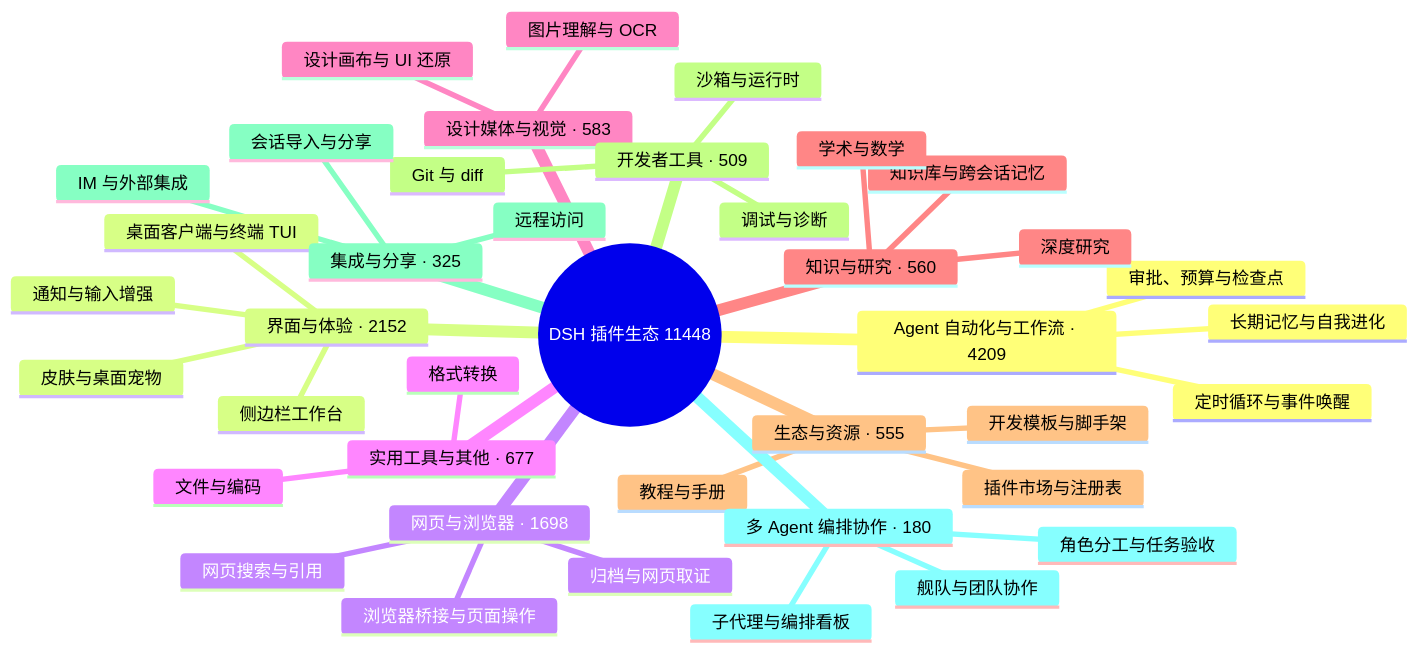
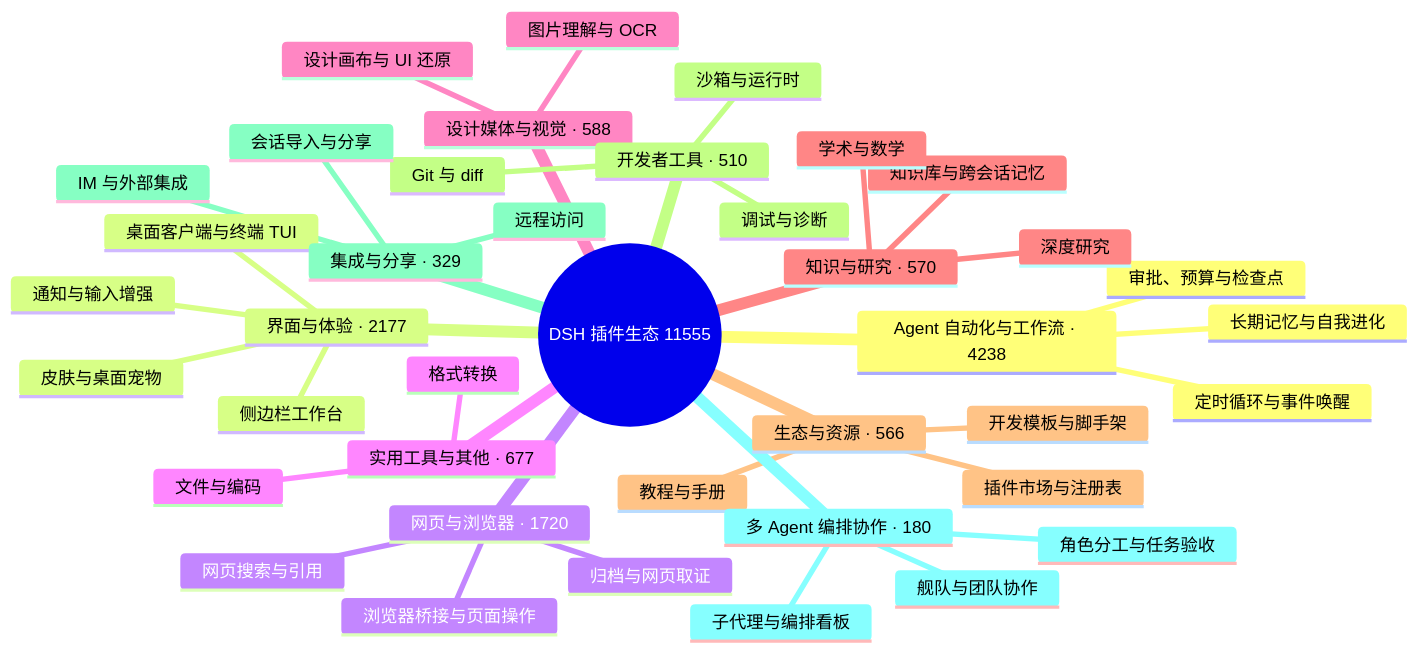
The diagram in public/readmes/bruc3van-awesome-dsh-plugin.md (the-beating-light-of-the-nail/dsh-meme-hub-site), drawn with Mermaid before and after one commit. The commit also changed other lines of this file and 252 other files, not shown here.

````diff
--- a/public/readmes/bruc3van-awesome-dsh-plugin.md
+++ b/public/readmes/bruc3van-awesome-dsh-plugin.md
@@ -33,43 +33,43 @@
 ```mermaid
 mindmap
-  root((DSH 插件生态 11448))
-    Agent 自动化与工作流 · 4209
+  root((DSH 插件生态 11555))
+    Agent 自动化与工作流 · 4238
       定时循环与事件唤醒
       长期记忆与自我进化
       审批、预算与检查点
-    界面与体验 · 2152
+    界面与体验 · 2177
       桌面客户端与终端 TUI
       侧边栏工作台
       皮肤与桌面宠物
       通知与输入增强
-    网页与浏览器 · 1698
+    网页与浏览器 · 1720
       浏览器桥接与页面操作
       网页搜索与引用
       归档与网页取证
     实用工具与其他 · 677
       文件与编码
       格式转换
-    设计媒体与视觉 · 583
+    设计媒体与视觉 · 588
       图片理解与 OCR
       设计画布与 UI 还原
-    知识与研究 · 560
+    知识与研究 · 570
       知识库与跨会话记忆
       深度研究
       学术与数学
-    生态与资源 · 555
+    生态与资源 · 566
       插件市场与注册表
       开发模板与脚手架
       教程与手册
-    开发者工具 · 509
+    开发者工具 · 510
       Git 与 diff
       沙箱与运行时
       调试与诊断
-    集成与分享 · 325
+    集成与分享 · 329
       会话导入与分享
       远程访问
       IM 与外部集成
     多 Agent 编排协作 · 180
       子代理与编排看板
       舰队与团队协作
       角色分工与任务验收
 ```
````
